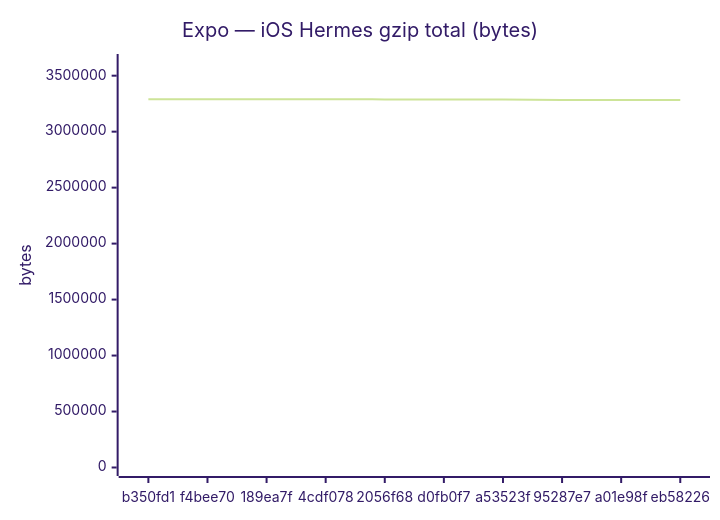
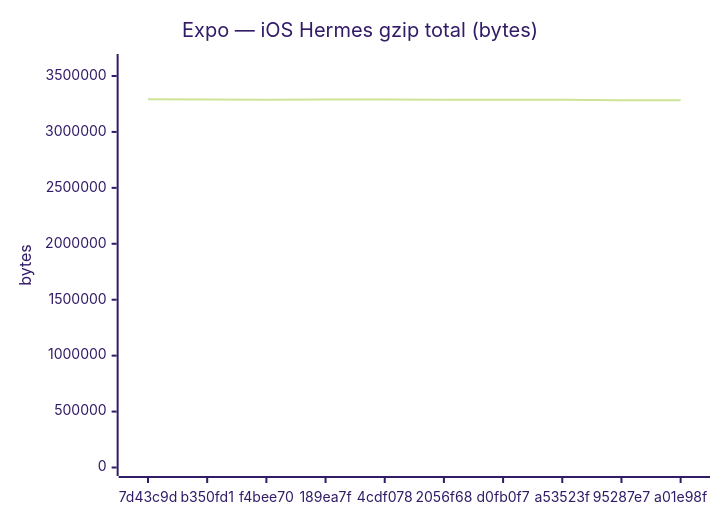
One commit to Metaheurist/Rianell changed the sixth of 18 diagrams in benchmarks/compare.md. Above: the diagram before and after it, drawn with Mermaid (forest theme). The commit also changed other lines of this file and 11 other files, not shown here.

````diff
--- a/benchmarks/compare.md
+++ b/benchmarks/compare.md
@@ -96,7 +96,7 @@
 ```mermaid
 xychart-beta
     title "Expo — iOS Hermes gzip total (bytes)"
-    x-axis ["b350fd1", "f4bee70", "189ea7f", "4cdf078", "2056f68", "d0fb0f7", "a53523f", "95287e7", "a01e98f", "eb58226"]
-    y-axis "bytes" 0 --> 3617765
-    line [3288856, 3288399, 3288861, 3288877, 3288270, 3288272, 3288270, 3283767, 3283770, 3283769]
+    x-axis ["7d43c9d", "b350fd1", "f4bee70", "189ea7f", "4cdf078", "2056f68", "d0fb0f7", "a53523f", "95287e7", "a01e98f"]
+    y-axis "bytes" 0 --> 3620536
+    line [3291396, 3288856, 3288399, 3288861, 3288877, 3288270, 3288272, 3288270, 3283767, 3283770]
 ```
````
